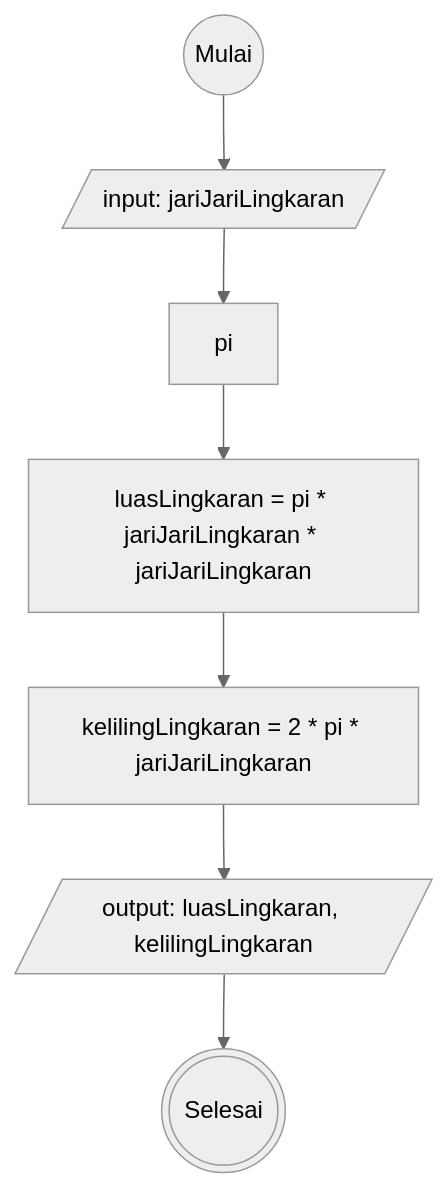
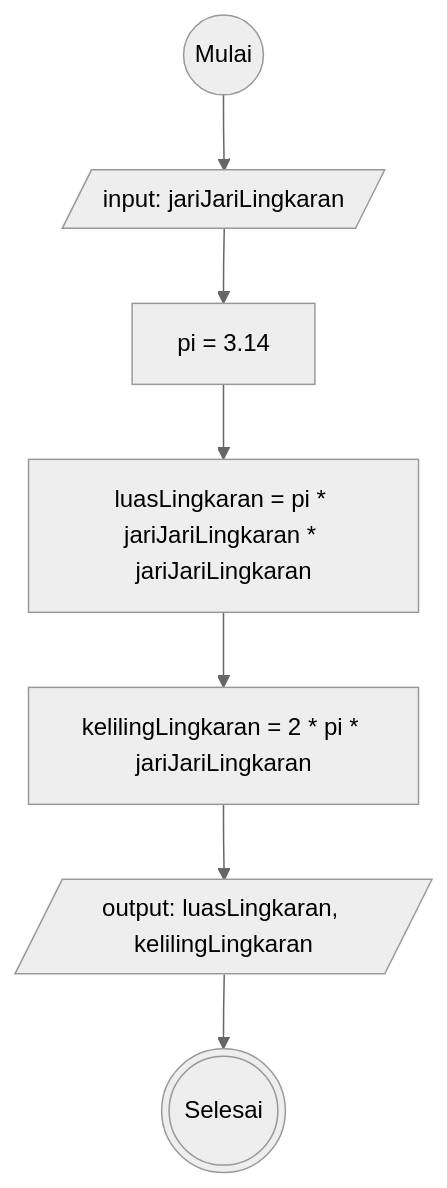
The diagram in README.md (Arif14377/koda-b6-javascript1), drawn with Mermaid (neutral theme) before and after one commit.

````diff
--- a/README.md
+++ b/README.md
@@ -5,17 +5,17 @@
 ```mermaid
 flowchart TD
 start@{shape: circle, label: "Mulai"}
 input-r@{shape: lean-r, label: "input: jariJariLingkaran"}
-pi@{shape: rect, label: "pi"}
+pi@{shape: rect, label: "pi = 3.14"}
 hitungLuas@{shape: rect, label: "luasLingkaran = pi * jariJariLingkaran * jariJariLingkaran"}
 hitungKeliling@{shape: rect, label: "kelilingLingkaran = 2 * pi * jariJariLingkaran"}
 output@{shape: lean-r, label: "output: luasLingkaran, kelilingLingkaran"}
 stop@{shape: dbl-circ, label: "Selesai"}
 
 start --> input-r
 input-r-->pi
 pi-->hitungLuas
 hitungLuas-->hitungKeliling
 hitungKeliling-->output
 output-->stop
 ```
````
